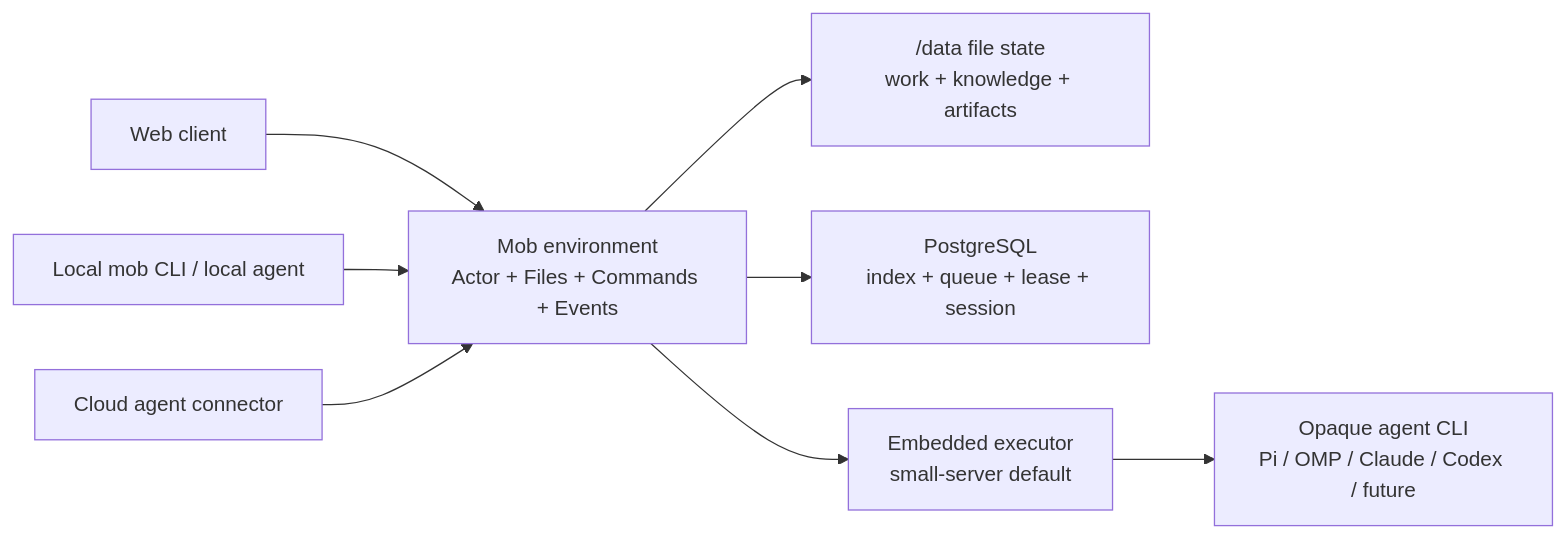
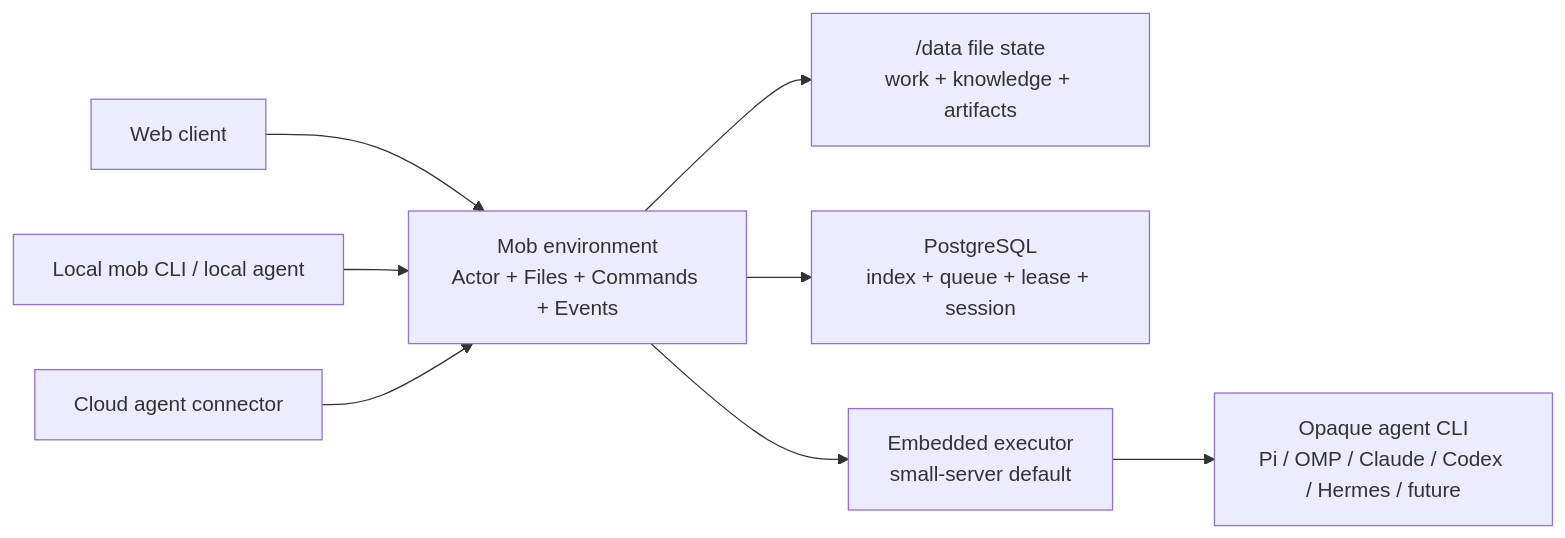
One commit to cdotlock/mob-agent-crew changed the diagram in docs/architecture.md. Above: the diagram before and after it, drawn with Mermaid. The commit also changed other lines of this file and 62 other files, not shown here.

````diff
--- a/docs/architecture.md
+++ b/docs/architecture.md
@@ -8,10 +8,10 @@
 ```mermaid
 flowchart LR
     Web["Web client"] --> API["Mob environment\nActor + Files + Commands + Events"]
     Local["Local mob CLI / local agent"] --> API
     Cloud["Cloud agent connector"] --> API
     API --> Files["/data file state\nwork + knowledge + artifacts"]
     API --> PG["PostgreSQL\nindex + queue + lease + session"]
     API --> Worker["Embedded executor\nsmall-server default"]
-    Worker --> Any["Opaque agent CLI\nPi / OMP / Claude / Codex / future"]
+    Worker --> Any["Opaque agent CLI\nPi / OMP / Claude / Codex / Hermes / future"]
 ```
````
